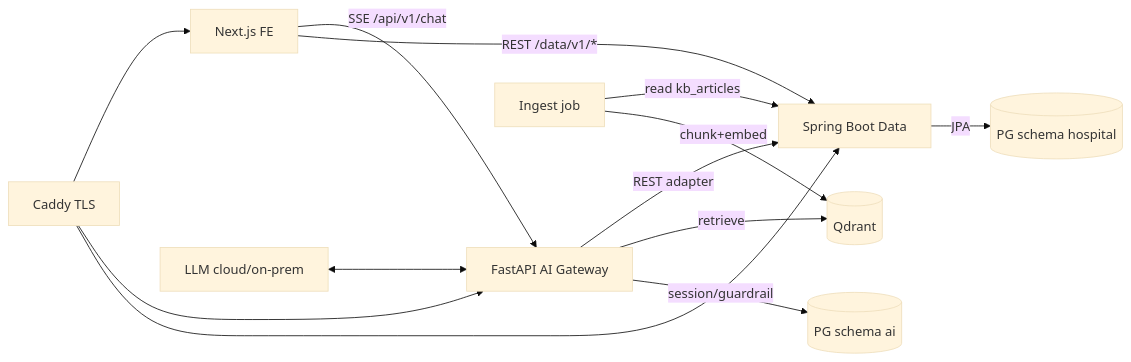
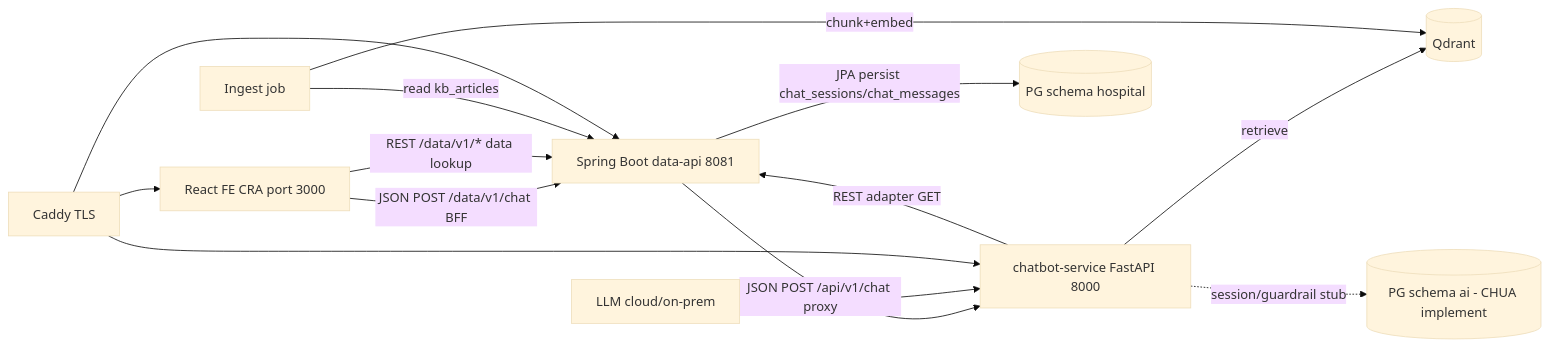
One commit to HieuGM/VAIC_2026_BanhDaCua changed the diagram in docs/05-system-architecture.md. Above: the diagram before and after it, drawn with Mermaid (base theme). The commit also changed other lines of this file and 5 other files, not shown here.

First line of the commit message:
docs: align FE/chatbot with code reality + chat BFF (ADR-008)

````diff
--- a/docs/05-system-architecture.md
+++ b/docs/05-system-architecture.md
@@ -28,15 +36,16 @@
 ```mermaid
 flowchart LR
-    FE[Next.js FE] -->|SSE /api/v1/chat| AI[FastAPI AI Gateway]
-    FE -->|REST /data/v1/*| SB[Spring Boot Data]
-    AI -->|REST adapter| SB
+    FE[React FE CRA port 3000] -->|JSON POST /data/v1/chat BFF| SB[Spring Boot data-api 8081]
+    FE -->|REST /data/v1/* data lookup| SB
+    SB -->|JSON POST /api/v1/chat proxy| AI[chatbot-service FastAPI 8000]
+    AI -->|REST adapter GET| SB
     AI -->|retrieve| QD[(Qdrant)]
-    AI -->|session/guardrail| PGA[(PG schema ai)]
-    SB -->|JPA| PGH[(PG schema hospital)]
+    SB -->|JPA persist chat_sessions/chat_messages| PGH[(PG schema hospital)]
+    AI -.session/guardrail stub.-> PGA[(PG schema ai - CHUA implement)]
     ING[Ingest job] -->|read kb_articles| SB
     ING -->|chunk+embed| QD
     LLM[LLM cloud/on-prem] <--> AI
     Caddy[Caddy TLS] --> FE
     Caddy --> AI
     Caddy --> SB
 ```
````
